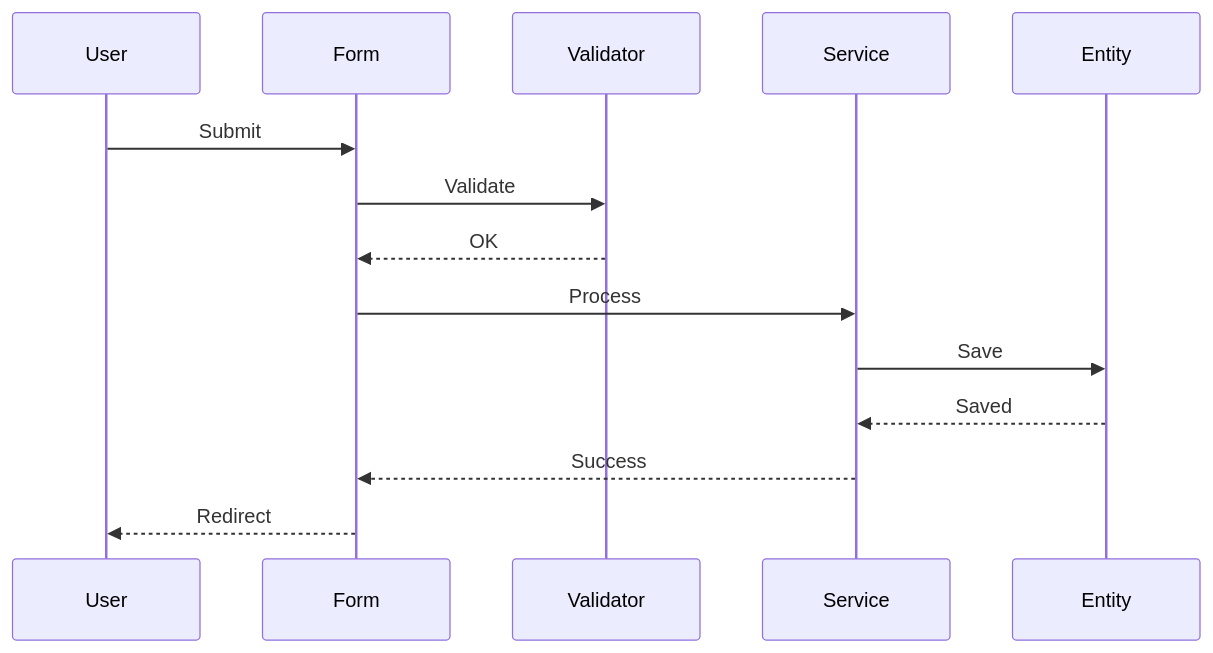
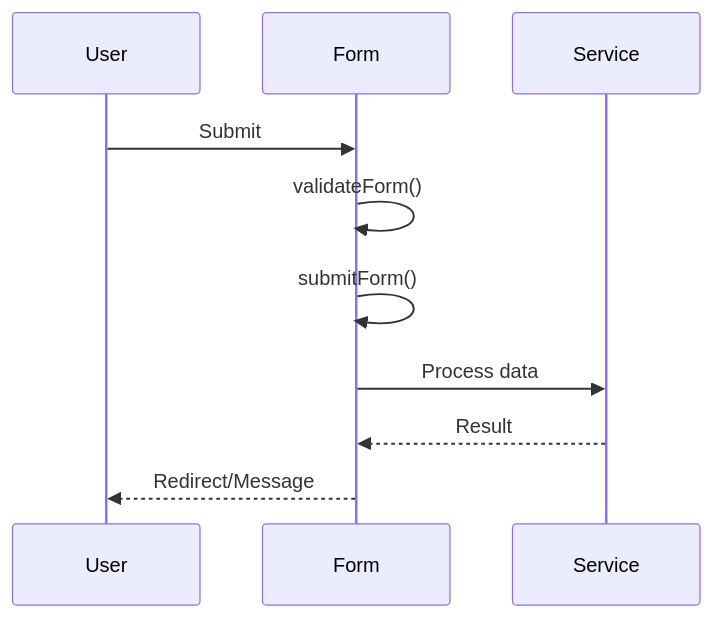
One commit to camoa/claude-skills changed the eighth of 8 diagrams in drupal-dev-framework/skills/diagram-generator/SKILL.md. Above: the diagram before and after it, drawn with Mermaid. The commit also changed other lines of this file and 23 other files, not shown here.

````diff
--- a/drupal-dev-framework/skills/diagram-generator/SKILL.md
+++ b/drupal-dev-framework/skills/diagram-generator/SKILL.md
@@ -55,11 +139,9 @@
 ```mermaid
 sequenceDiagram
     User->>Form: Submit
-    Form->>Validator: Validate
-    Validator-->>Form: OK
-    Form->>Service: Process
-    Service->>Entity: Save
-    Entity-->>Service: Saved
-    Service-->>Form: Success
-    Form-->>User: Redirect
+    Form->>Form: validateForm()
+    Form->>Form: submitForm()
+    Form->>Service: Process data
+    Service-->>Form: Result
+    Form-->>User: Redirect/Message
 ```
````
